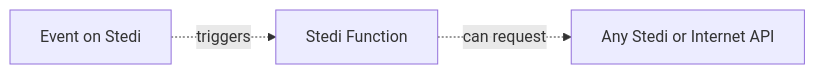
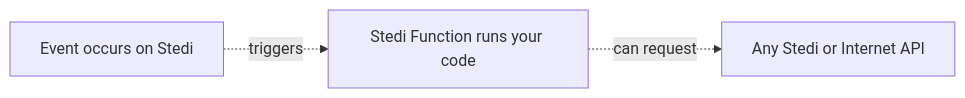
One commit to Stedi/starter-kit changed the diagram in stedi-cloud/functions/readme.md. Above: the diagram before and after it, drawn with Mermaid. The commit also changed 3 other files, not shown here.

````diff
--- a/stedi-cloud/functions/readme.md
+++ b/stedi-cloud/functions/readme.md
@@ -11,5 +11,5 @@
 ```mermaid
 flowchart LR;
-id1[Event on Stedi]-. triggers .-> id2;
-id2[Stedi Function]-. can request .->id3[Any Stedi or Internet API];
+id1[Event occurs on Stedi]-. triggers .-> id2;
+id2[Stedi Function runs your code]-. can request .->id3[Any Stedi or Internet API];
 ```
````
